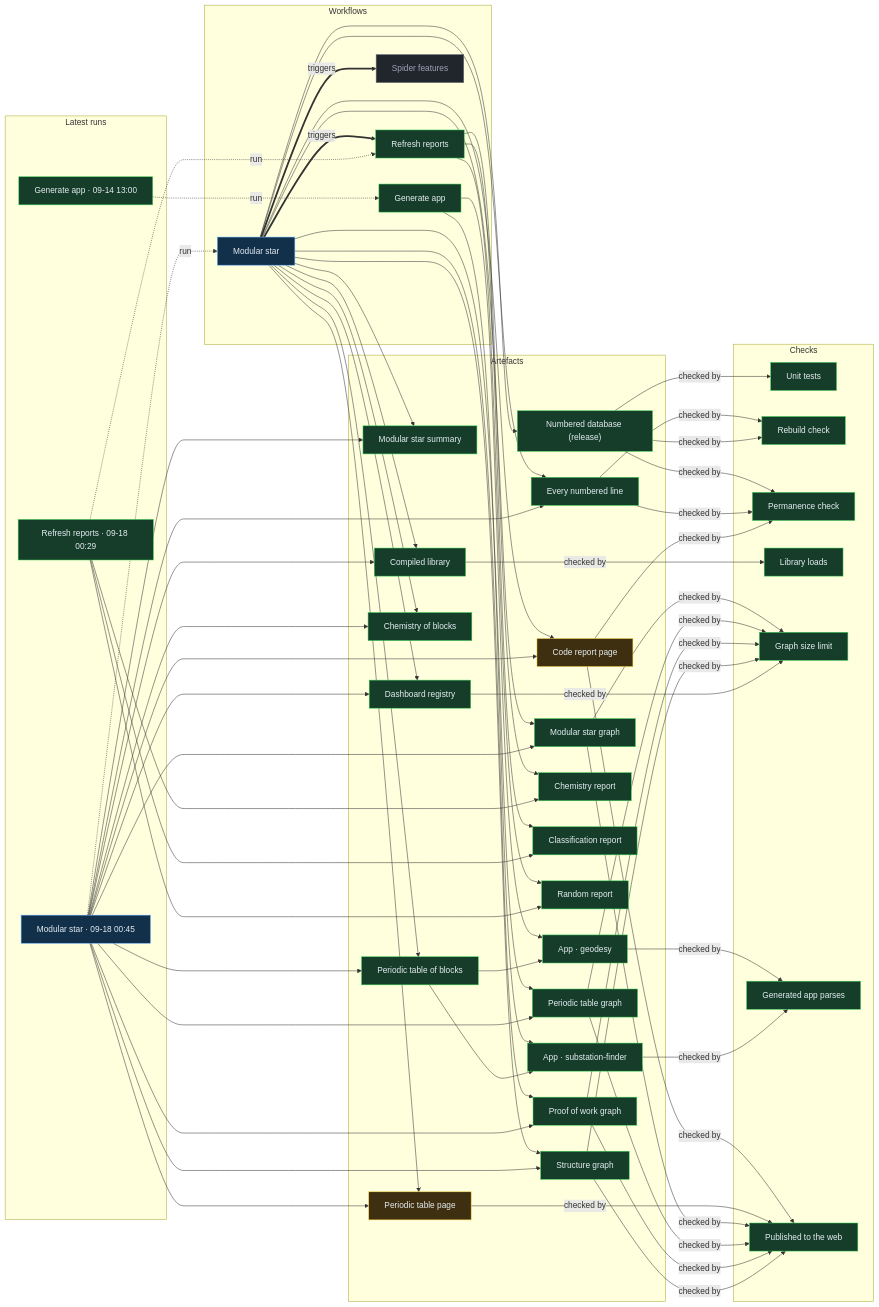
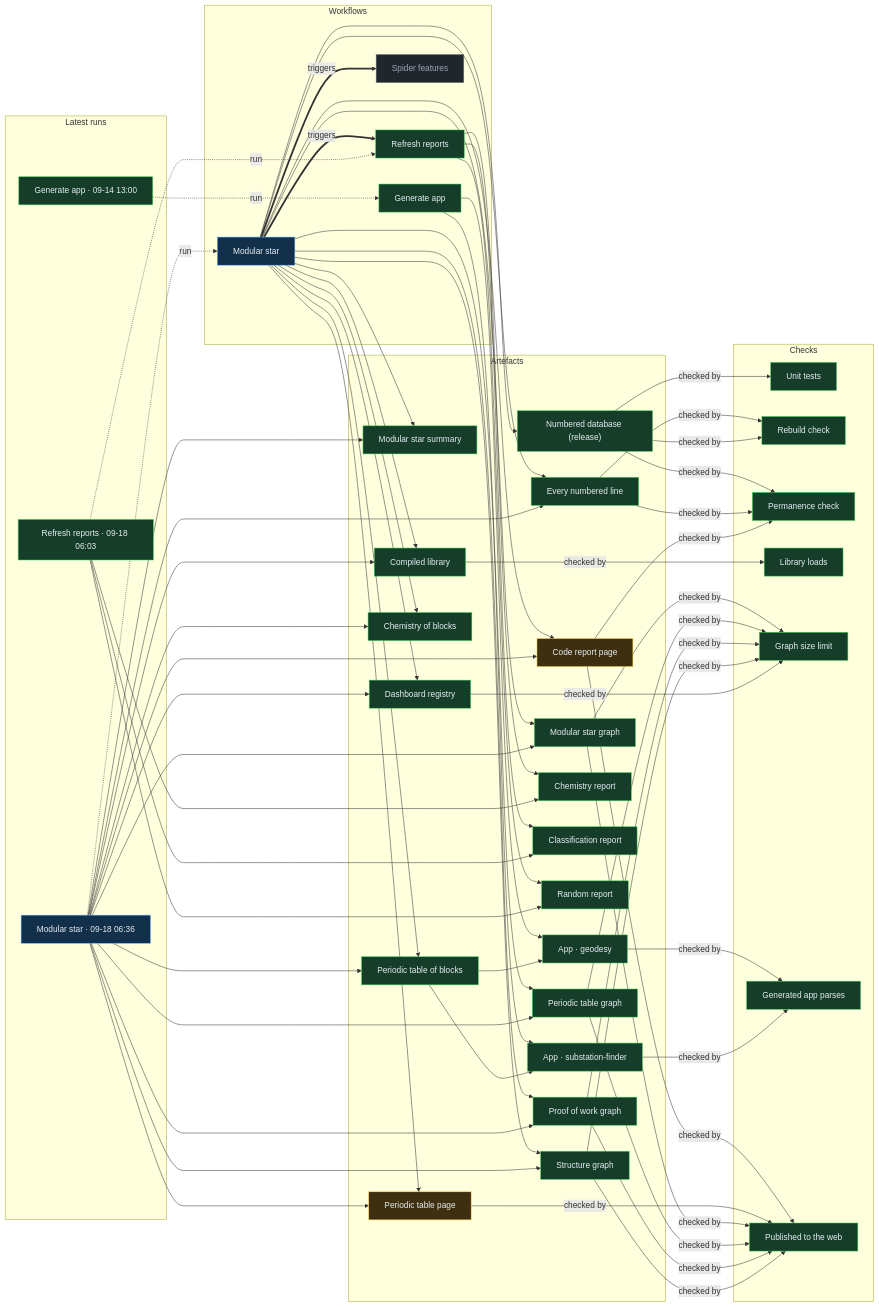
One commit to Ventusltd/stars changed the diagram in proof/PROOF.md. Above: the diagram before and after it, drawn with Mermaid. The commit also changed other lines of this file and 116 other files, not shown here.

Commit message:
Modular star 2026-09-18T06:38Z

```diff
--- a/proof/PROOF.md
+++ b/proof/PROOF.md
@@ -24,8 +24,8 @@
   n_wf_spider_features["Spider features"]:::off
   end
   subgraph g_runs["Latest runs"]
-  n_run_35292495581["Modular star · 09-18 00:45"]:::live
-  n_run_35291434740["Refresh reports · 09-18 00:29"]:::ok
+  n_run_35315587825["Modular star · 09-18 06:36"]:::live
+  n_run_35313301797["Refresh reports · 09-18 06:03"]:::ok
   n_run_34846587798["Generate app · 09-14 13:00"]:::ok
   end
   subgraph g_artefacts["Artefacts"]
@@ -59,39 +59,39 @@
   end
   n_wf_modular_star == triggers ==> n_wf_refresh
   n_wf_modular_star == triggers ==> n_wf_spider_features
-  n_run_35292495581 -. run .-> n_wf_modular_star
-  n_run_35291434740 -. run .-> n_wf_refresh
+  n_run_35315587825 -. run .-> n_wf_modular_star
+  n_run_35313301797 -. run .-> n_wf_refresh
   n_run_34846587798 -. run .-> n_wf_generate
   n_wf_modular_star --> n_art_summary
-  n_run_35292495581 --> n_art_summary
+  n_run_35315587825 --> n_art_summary
   n_wf_modular_star --> n_art_lines
-  n_run_35292495581 --> n_art_lines
+  n_run_35315587825 --> n_art_lines
   n_wf_modular_star --> n_art_code
-  n_run_35292495581 --> n_art_code
+  n_run_35315587825 --> n_art_code
   n_wf_modular_star --> n_art_modular_graph
-  n_run_35292495581 --> n_art_modular_graph
+  n_run_35315587825 --> n_art_modular_graph
   n_wf_modular_star --> n_art_blocks
-  n_run_35292495581 --> n_art_blocks
+  n_run_35315587825 --> n_art_blocks
   n_wf_modular_star --> n_art_table
-  n_run_35292495581 --> n_art_table
+  n_run_35315587825 --> n_art_table
   n_wf_modular_star --> n_art_blocks_graph
-  n_run_35292495581 --> n_art_blocks_graph
+  n_run_35315587825 --> n_art_blocks_graph
   n_wf_modular_star --> n_art_reactions
-  n_run_35292495581 --> n_art_reactions
+  n_run_35315587825 --> n_art_reactions
   n_wf_modular_star --> n_art_library
-  n_run_35292495581 --> n_art_library
+  n_run_35315587825 --> n_art_library
   n_wf_modular_star --> n_art_features
-  n_run_35292495581 --> n_art_features
+  n_run_35315587825 --> n_art_features
   n_wf_modular_star --> n_art_proof
-  n_run_35292495581 --> n_art_proof
+  n_run_35315587825 --> n_art_proof
   n_wf_modular_star --> n_art_structure
-  n_run_35292495581 --> n_art_structure
+  n_run_35315587825 --> n_art_structure
   n_wf_refresh --> n_art_chemistry
-  n_run_35291434740 --> n_art_chemistry
+  n_run_35313301797 --> n_art_chemistry
   n_wf_refresh --> n_art_vedic
-  n_run_35291434740 --> n_art_vedic
+  n_run_35313301797 --> n_art_vedic
   n_wf_refresh --> n_art_random
-  n_run_35291434740 --> n_art_random
+  n_run_35313301797 --> n_art_random
   n_wf_modular_star --> n_art_release
   n_wf_generate --> n_app_geodesy
   n_art_blocks --> n_app_geodesy
```
